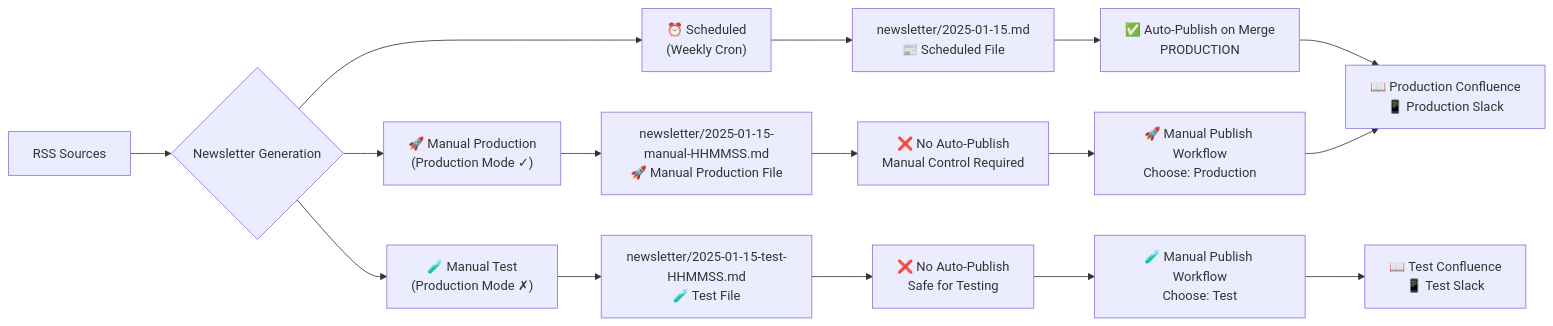
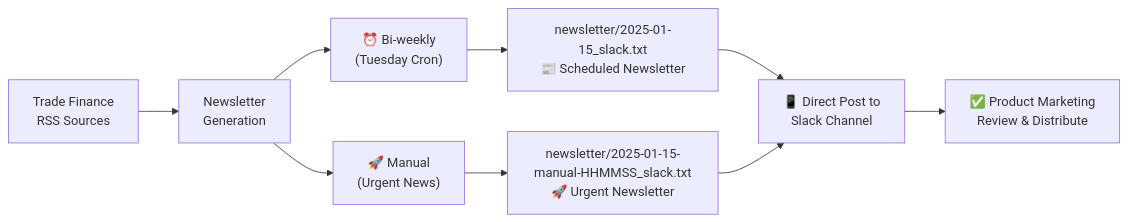
The diagram in README.md (tamrakaranish/miti-marketing-newsletter), drawn with Mermaid before and after one commit. The commit also changed other lines of this file and 21 other files, not shown here.

First line of the commit message:
Clean up repository for Product Marketing focus

````diff
--- a/README.md
+++ b/README.md
@@ -15,23 +15,15 @@
 ```mermaid
 flowchart LR
-    A["RSS Sources"] --> B{"Newsletter Generation"}
+    A["Trade Finance<br/>RSS Sources"] --> B["Newsletter<br/>Generation"]
     
-    B --> C["⏰ Scheduled<br/>(Weekly Cron)"]
-    B --> D["🚀 Manual Production<br/>(Production Mode ✓)"]  
-    B --> E["🧪 Manual Test<br/>(Production Mode ✗)"]
+    B --> C["⏰ Bi-weekly<br/>(Tuesday Cron)"]
+    B --> D["🚀 Manual<br/>(Urgent News)"]
     
-    C --> F["newsletter/2025-01-15.md<br/>📰 Scheduled File"]
-    D --> G["newsletter/2025-01-15-manual-HHMMSS.md<br/>🚀 Manual Production File"]
-    E --> H["newsletter/2025-01-15-test-HHMMSS.md<br/>🧪 Test File"]
+    C --> E["newsletter/2025-01-15_slack.txt<br/>📰 Scheduled Newsletter"]
+    D --> F["newsletter/2025-01-15-manual-HHMMSS_slack.txt<br/>🚀 Urgent Newsletter"]
     
-    F --> I["✅ Auto-Publish on Merge<br/>PRODUCTION"]
-    G --> J["❌ No Auto-Publish<br/>Manual Control Required"]
-    H --> K["❌ No Auto-Publish<br/>Safe for Testing"]
+    E --> G["📱 Direct Post to<br/>Slack Channel"]
+    F --> G
     
-    J --> L["🚀 Manual Publish Workflow<br/>Choose: Production"]
-    K --> M["🧪 Manual Publish Workflow<br/>Choose: Test"]
-    
-    I --> N["📖 Production Confluence<br/>📱 Production Slack"]
-    L --> N
-    M --> O["📖 Test Confluence<br/>📱 Test Slack"]
+    G --> H["✅ Product Marketing<br/>Review & Distribute"]
 ```
````
